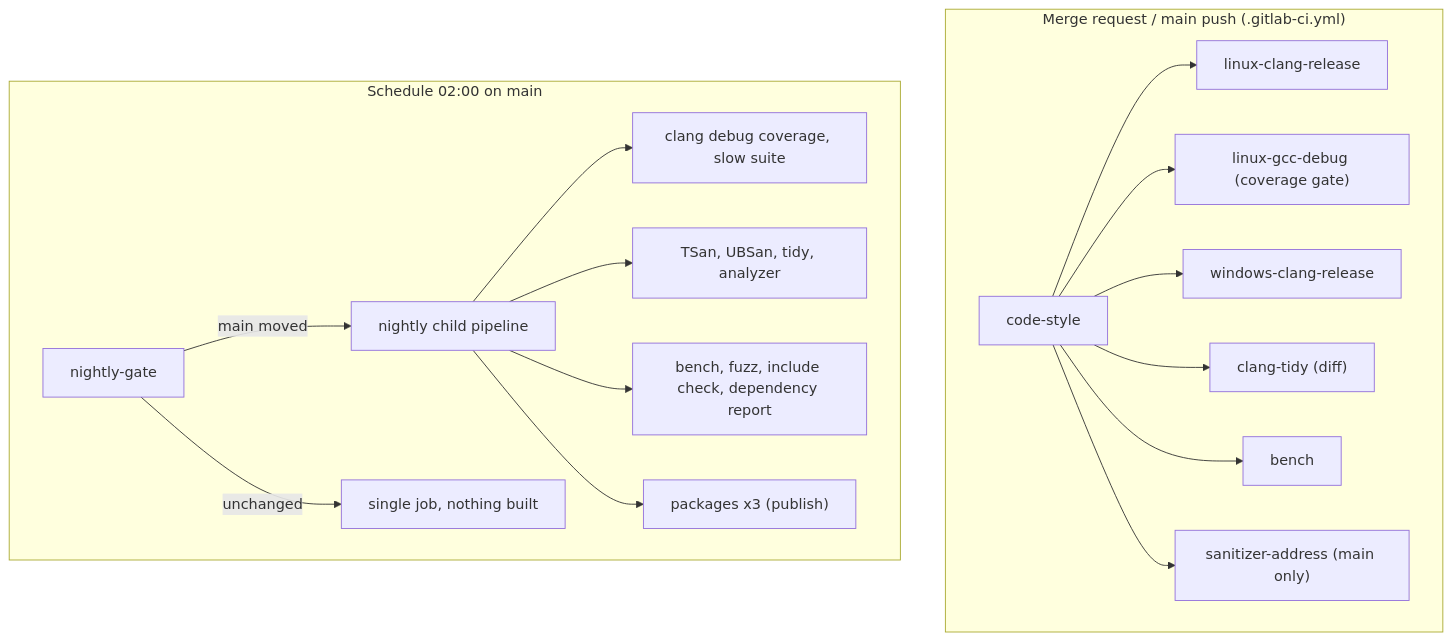
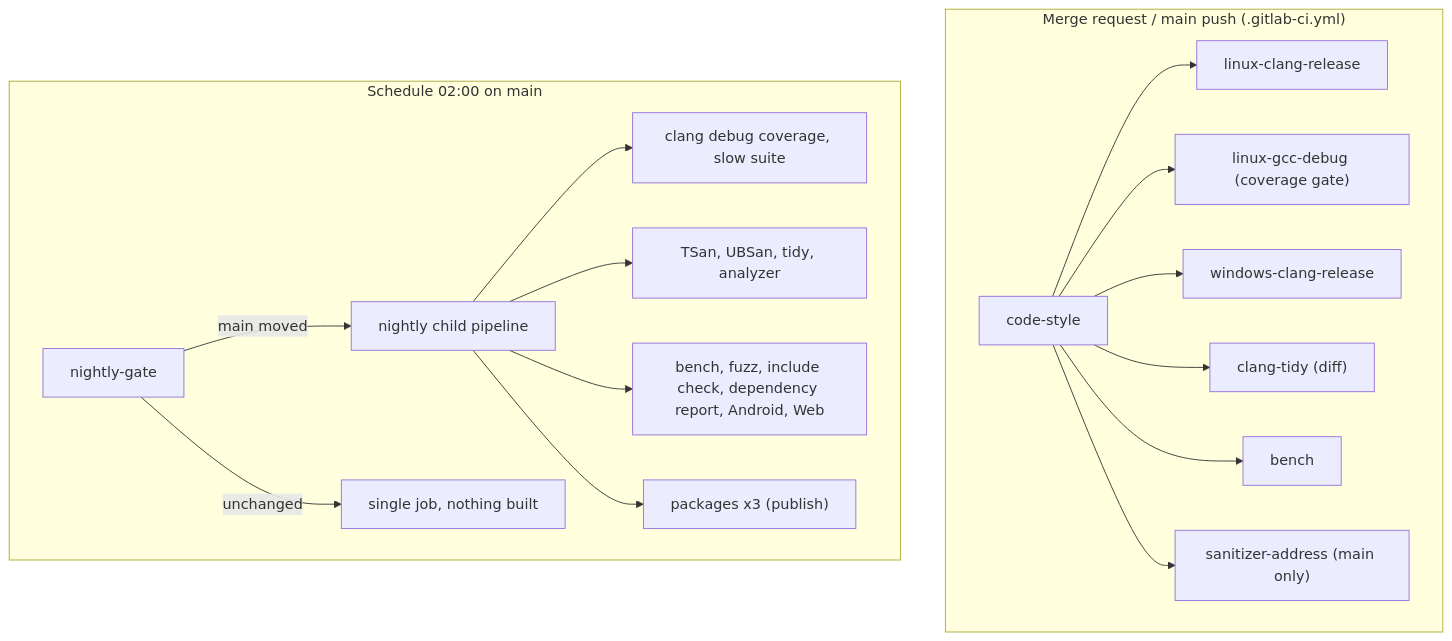
One commit to Silmaen/Owl changed the first of 2 diagrams in doc/pages/continuous_integration.md. Above: the diagram before and after it, drawn with Mermaid. The commit also changed other lines of this file and 156 other files, not shown here.

````diff
--- a/doc/pages/continuous_integration.md
+++ b/doc/pages/continuous_integration.md
@@ -33,19 +34,19 @@
 ```mermaid
 flowchart TD
     subgraph MR["Merge request / main push (.gitlab-ci.yml)"]
         CS["code-style"] --> LCR["linux-clang-release"]
         CS --> GCC["linux-gcc-debug (coverage gate)"]
         CS --> WIN["windows-clang-release"]
         CS --> TIDY["clang-tidy (diff)"]
         CS --> BENCH["bench"]
         CS --> ASAN["sanitizer-address (main only)"]
     end
     subgraph NIGHT["Schedule 02:00 on main"]
         GATE["nightly-gate"] -->|"main moved"| CHILD["nightly child pipeline"]
         GATE -->|"unchanged"| SKIP["single job, nothing built"]
         CHILD --> N1["clang debug coverage, slow suite"]
         CHILD --> N2["TSan, UBSan, tidy, analyzer"]
-        CHILD --> N3["bench, fuzz, include check, dependency report"]
+        CHILD --> N3["bench, fuzz, include check, dependency report, Android, Web"]
         CHILD --> N4["packages x3 (publish)"]
     end
 ```
````
